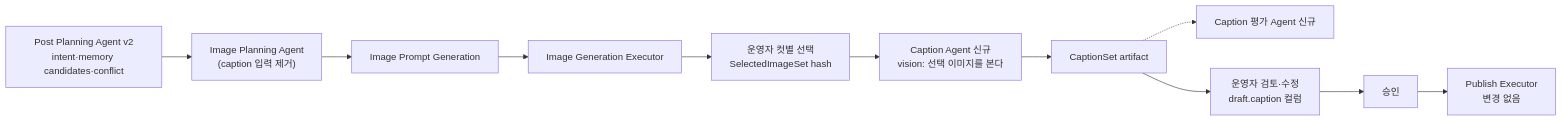
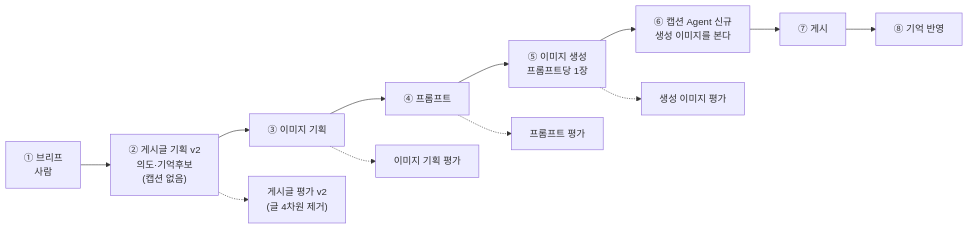
One commit to TaehoHong/opod-admin changed the third of 3 diagrams in docs/post-creation-agent-architecture-v3.md. Above: the diagram before and after it, drawn with Mermaid. The commit also changed other lines of this file, not shown here.

Commit message:
docs: V4 재설계 — 운영자 결정 3건(검수 단계 삭제·캡션 평가 없음·프롬프트당 1장) 반영, 캡션을 정규 stage로, 리뷰 finding 생사표(§20.15), §17 자동 게시 확정

````diff
--- a/docs/post-creation-agent-architecture-v3.md
+++ b/docs/post-creation-agent-architecture-v3.md
@@ -699,12 +710,11 @@
 ```mermaid
 flowchart LR
-    PP["Post Planning Agent v2<br/>intent·memory candidates·conflict"] --> IP["Image Planning Agent<br/>(caption 입력 제거)"]
-    IP --> PG["Image Prompt Generation"]
-    PG --> GX["Image Generation Executor"]
-    GX --> SEL["운영자 컷별 선택<br/>SelectedImageSet hash"]
-    SEL --> CW["Caption Agent 신규<br/>vision: 선택 이미지를 본다"]
-    CW --> CS["CaptionSet artifact"]
-    CS -.-> CE["Caption 평가 Agent 신규"]
-    CS --> ED["운영자 검토·수정<br/>draft.caption 컬럼"]
-    ED --> AP["승인"] --> PX["Publish Executor<br/>변경 없음"]
+    B["① 브리프<br/>사람"] --> PP["② 게시글 기획 v2<br/>의도·기억후보<br/>(캡션 없음)"]
+    PP --> IP["③ 이미지 기획"] --> PG["④ 프롬프트"] --> GX["⑤ 이미지 생성<br/>프롬프트당 1장"]
+    GX --> CW["⑥ 캡션 Agent 신규<br/>생성 이미지를 본다"]
+    CW --> PX["⑦ 게시"] --> MX["⑧ 기억 반영"]
+    PP -.-> PE["게시글 평가 v2<br/>(글 4차원 제거)"]
+    IP -.-> IE["이미지 기획 평가"]
+    PG -.-> PRE["프롬프트 평가"]
+    GX -.-> GE["생성 이미지 평가"]
 ```
````
